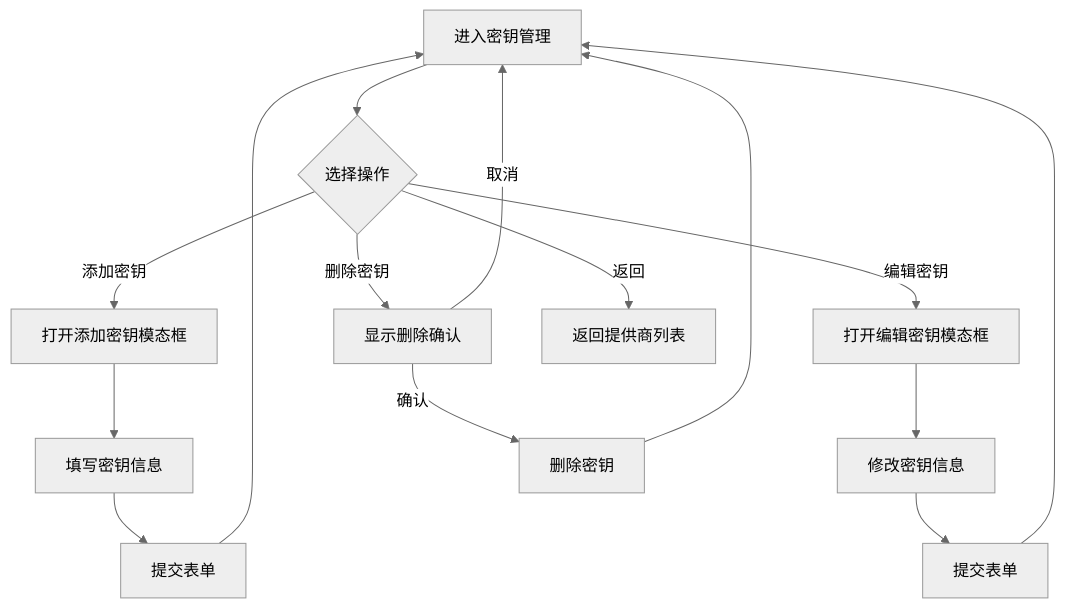
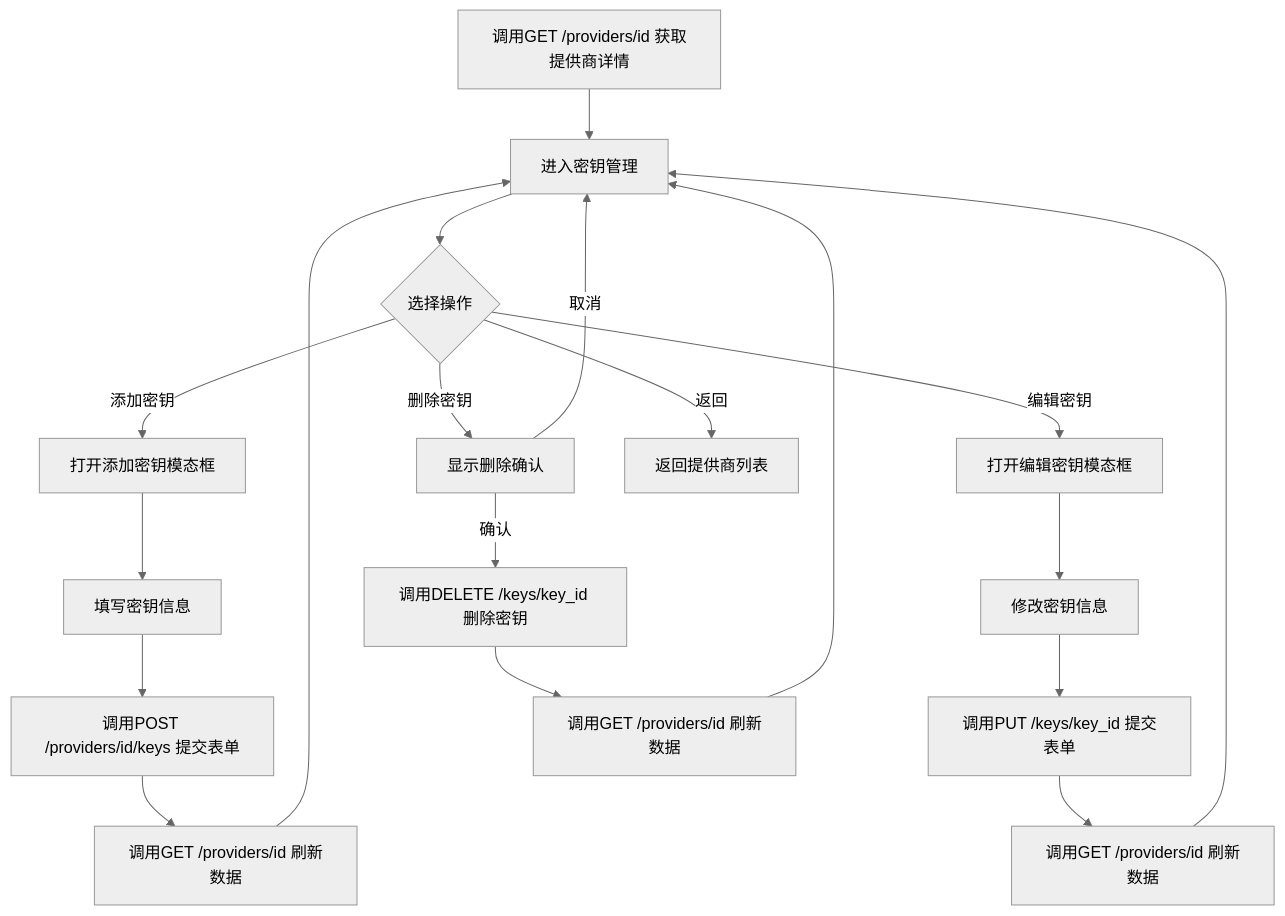
Before and after one commit to V1ki/MyAgent: the third of 5 diagrams in web/src/pages/ModelProviders/Readme.md, drawn with Mermaid (neutral theme). The commit also changed other lines of this file and 4 other files, not shown here.

````diff
--- a/web/src/pages/ModelProviders/Readme.md
+++ b/web/src/pages/ModelProviders/Readme.md
@@ -67,21 +106,25 @@
 ```mermaid
 flowchart TD
-    A[进入密钥管理] --> B{选择操作}
+    A1[调用GET /providers/id 获取提供商详情] --> A[进入密钥管理]
+    A --> B{选择操作}
     
     B -->|添加密钥| C[打开添加密钥模态框]
     C --> D[填写密钥信息]
-    D --> E[提交表单]
-    E --> A
+    D --> E1[调用POST /providers/id/keys 提交表单]
+    E1 --> E2[调用GET /providers/id 刷新数据]
+    E2 --> A
     
     B -->|编辑密钥| F[打开编辑密钥模态框]
     F --> G[修改密钥信息]
-    G --> H[提交表单]
-    H --> A
+    G --> H1[调用PUT /keys/key_id 提交表单]
+    H1 --> H2[调用GET /providers/id 刷新数据]
+    H2 --> A
     
     B -->|删除密钥| I[显示删除确认]
-    I -->|确认| J[删除密钥]
+    I -->|确认| J1[调用DELETE /keys/key_id 删除密钥]
     I -->|取消| A
-    J --> A
+    J1 --> J2[调用GET /providers/id 刷新数据]
+    J2 --> A
     
     B -->|返回| K[返回提供商列表]
 ```
````
